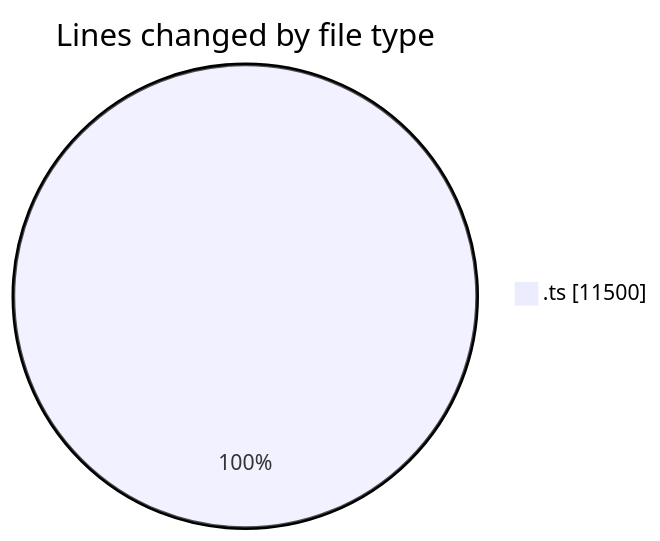
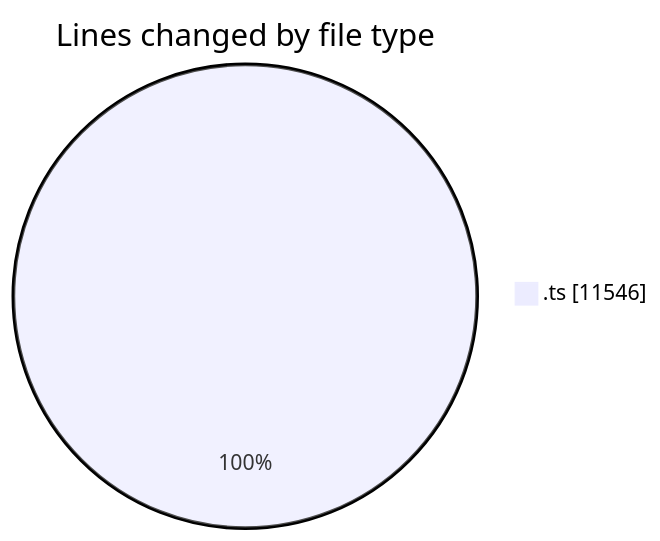
The first of 2 diagrams in 2026-02-09/singularitybrainai/README.md (tmsrecording-cyber/code-tracking), drawn with Mermaid before and after one commit. The commit also changed other lines of this file and 1 other file, not shown here.

````diff
--- a/2026-02-09/singularitybrainai/README.md
+++ b/2026-02-09/singularitybrainai/README.md
@@ -36,5 +36,5 @@
 ```mermaid
 pie showData
 title Lines changed by file type
-".ts" : 11500
+".ts" : 11546
 ```
````
